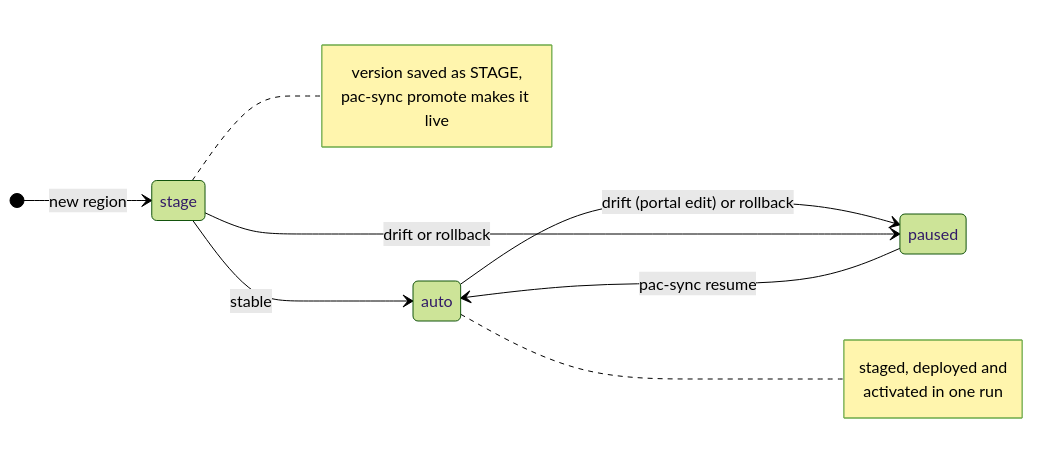
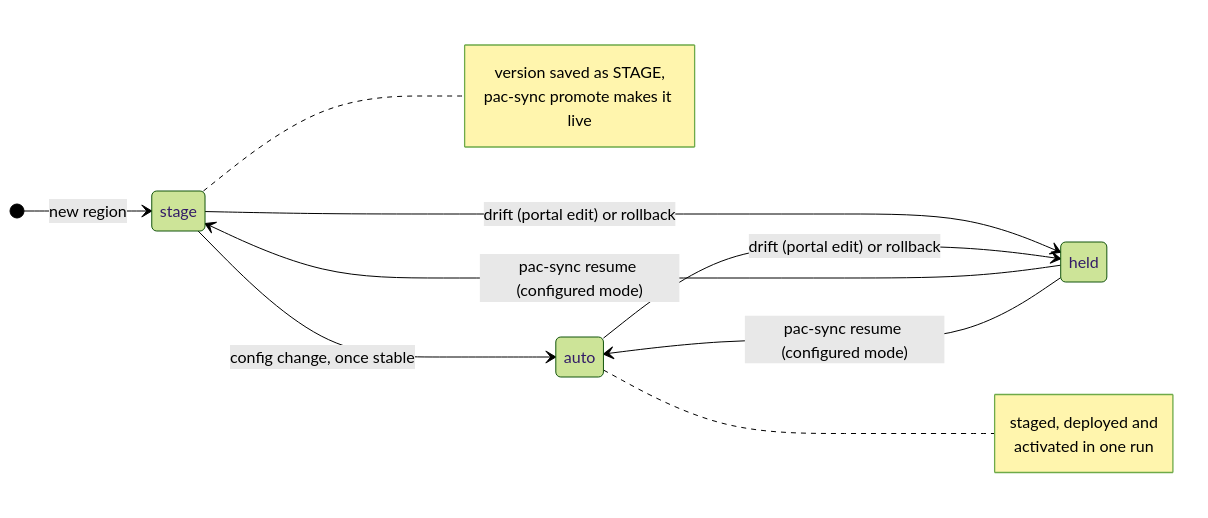
The third of 3 diagrams in README.md (cheikhnorris/pac-sync), drawn with Mermaid (forest theme) before and after one commit. The commit also changed other lines of this file and 1 other file, not shown here.

Commit message:
README: history modes and region-mode diagram corrected; 401 on the last attempt raises it

````diff
--- a/README.md
+++ b/README.md
@@ -64,11 +67,12 @@
 ```mermaid
 stateDiagram-v2
     direction LR
     [*] --> stage: new region
-    stage --> auto: stable
-    auto --> paused: drift (portal edit) or rollback
-    stage --> paused: drift or rollback
-    paused --> auto: pac-sync resume
+    stage --> auto: config change, once stable
+    stage --> held: drift (portal edit) or rollback
+    auto --> held: drift (portal edit) or rollback
+    held --> stage: pac-sync resume (configured mode)
+    held --> auto: pac-sync resume (configured mode)
     note right of stage: version saved as STAGE,<br/>pac-sync promote makes it live
     note right of auto: staged, deployed and<br/>activated in one run
 ```
````
